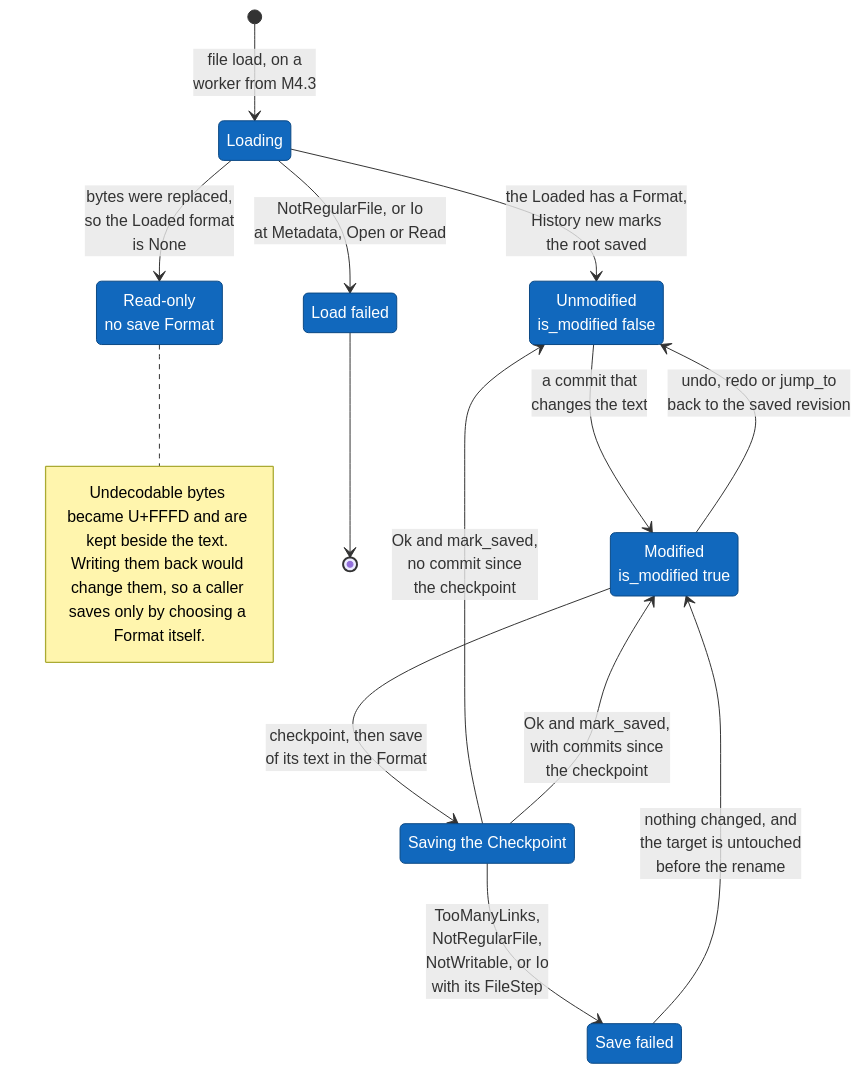
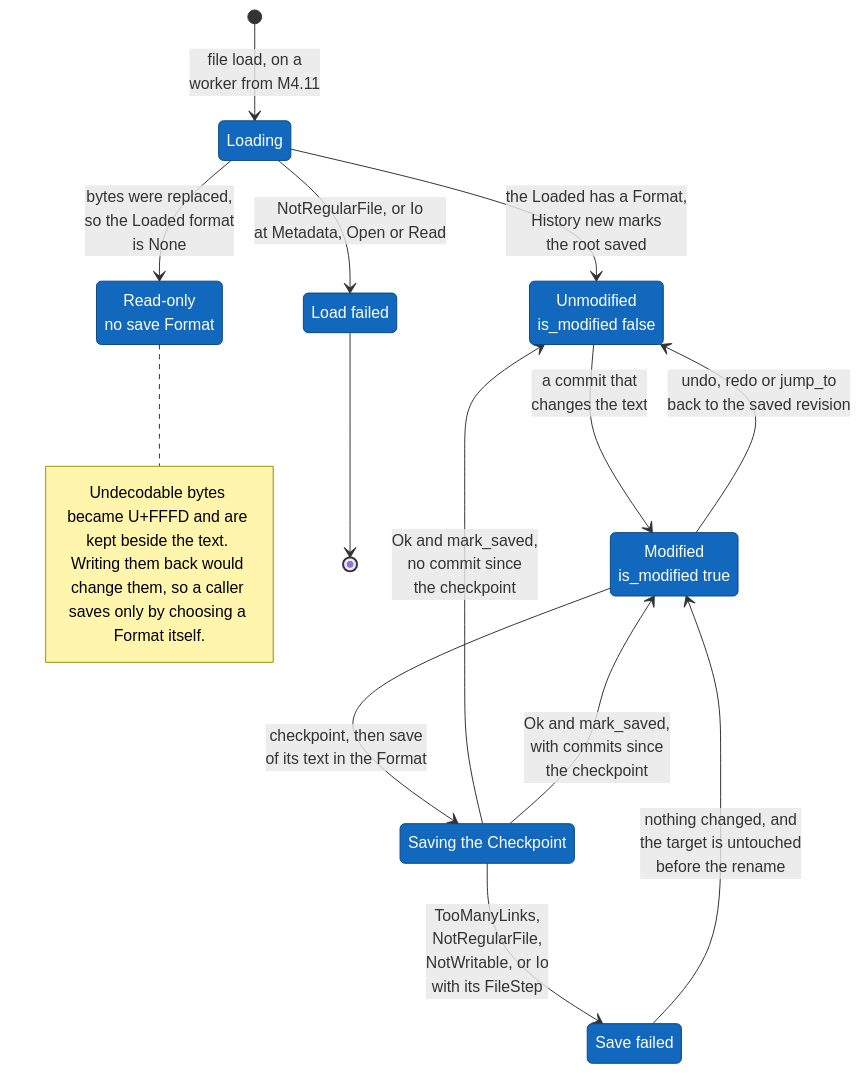
One commit to jabbott-iii/Tidepool changed the tenth of 19 diagrams in diagrams/data-flow-and-state.md. Above: the diagram before and after it, drawn with Mermaid. The commit also changed other lines of this file and 28 other files, not shown here.

````diff
--- a/diagrams/data-flow-and-state.md
+++ b/diagrams/data-flow-and-state.md
@@ -521,30 +522,30 @@
 ```mermaid
 stateDiagram-v2
     state "Loading" as loading
     state "Load failed" as loadFailed
     state "Read-only<br/>no save Format" as readOnly
     state "Unmodified<br/>is_modified false" as clean
     state "Modified<br/>is_modified true" as dirty
     state "Saving the Checkpoint" as saving
     state "Save failed" as saveFailed
 
-    [*] --> loading: file load, on a<br/>worker from M4.3
+    [*] --> loading: file load, on a<br/>worker from M4.11
     loading --> loadFailed: NotRegularFile, or Io<br/>at Metadata, Open or Read
     loadFailed --> [*]
     loading --> readOnly: bytes were replaced,<br/>so the Loaded format<br/>is None
     loading --> clean: the Loaded has a Format,<br/>History new marks<br/>the root saved
     clean --> dirty: a commit that<br/>changes the text
     dirty --> clean: undo, redo or jump_to<br/>back to the saved revision
     dirty --> saving: checkpoint, then save<br/>of its text in the Format
     saving --> clean: Ok and mark_saved,<br/>no commit since<br/>the checkpoint
     saving --> dirty: Ok and mark_saved,<br/>with commits since<br/>the checkpoint
     saving --> saveFailed: TooManyLinks,<br/>NotRegularFile,<br/>NotWritable, or Io<br/>with its FileStep
     saveFailed --> dirty: nothing changed, and<br/>the target is untouched<br/>before the rename
 
     note right of readOnly
         Undecodable bytes became U+FFFD and are kept beside the text. Writing them back would change them, so a caller saves only by choosing a Format itself.
     end note
 
     classDef built fill:#1168bd,stroke:#0b4884,color:#ffffff
     class loading, loadFailed, readOnly, clean, dirty, saving, saveFailed built
 ```
````
